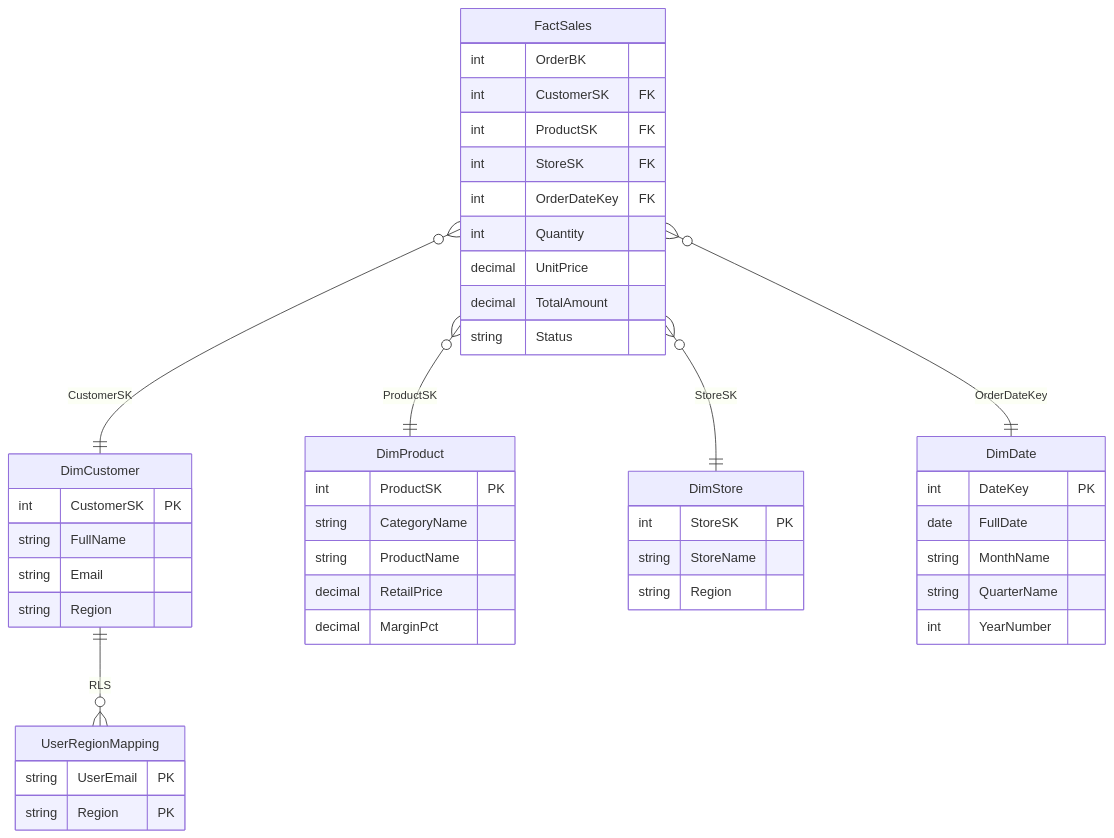
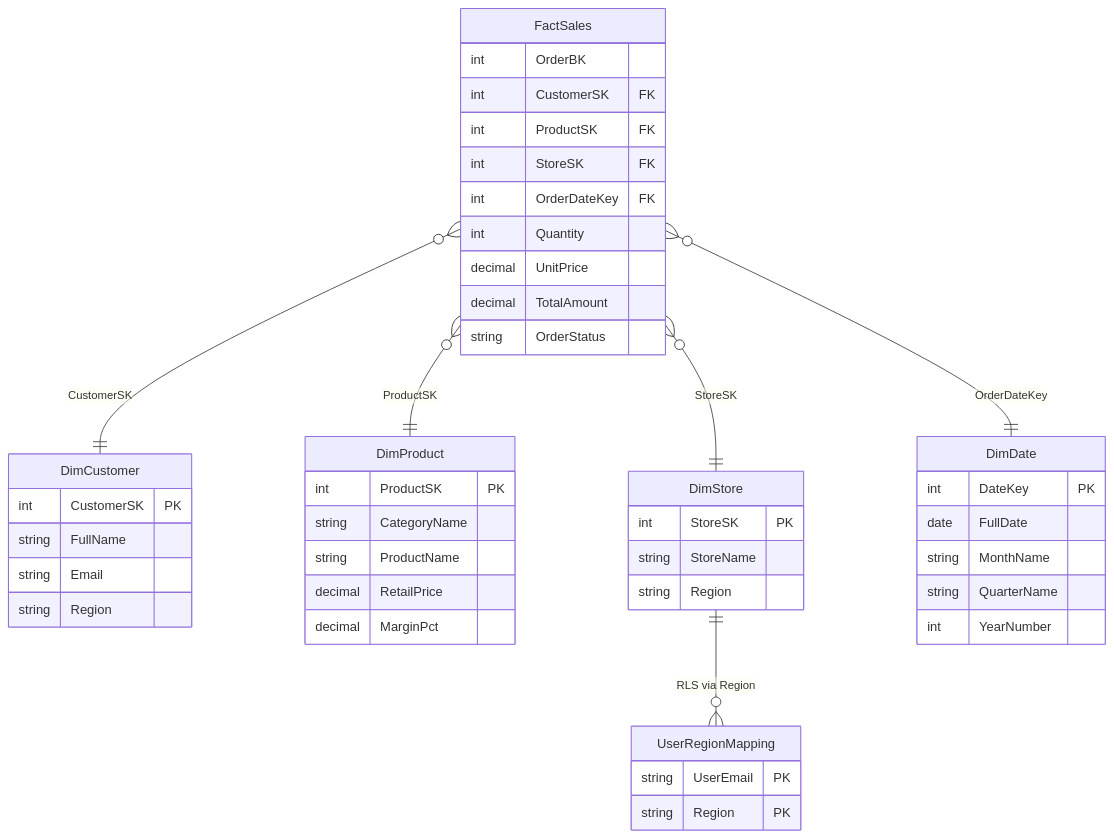
Before and after one commit to TrueJss/fabric-retail-demo: the second of 2 diagrams in README.md, drawn with Mermaid. The commit also changed other lines of this file, not shown here.

````diff
--- a/README.md
+++ b/README.md
@@ -102,49 +130,49 @@
 ```mermaid
 erDiagram
     FactSales {
         int     OrderBK
         int     CustomerSK   FK
         int     ProductSK    FK
         int     StoreSK      FK
         int     OrderDateKey FK
         int     Quantity
         decimal UnitPrice
         decimal TotalAmount
-        string  Status
+        string  OrderStatus
     }
     DimCustomer {
         int    CustomerSK  PK
         string FullName
         string Email
         string Region
     }
     DimProduct {
-        int     ProductSK   PK
+        int     ProductSK    PK
         string  CategoryName
         string  ProductName
         decimal RetailPrice
         decimal MarginPct
     }
     DimStore {
         int    StoreSK   PK
         string StoreName
         string Region
     }
     DimDate {
-        int    DateKey    PK
+        int    DateKey     PK
         date   FullDate
         string MonthName
         string QuarterName
         int    YearNumber
     }
     UserRegionMapping {
         string UserEmail PK
         string Region    PK
     }
 
-    FactSales }o--|| DimCustomer      : "CustomerSK"
-    FactSales }o--|| DimProduct       : "ProductSK"
-    FactSales }o--|| DimStore         : "StoreSK"
-    FactSales }o--|| DimDate          : "OrderDateKey"
-    DimCustomer ||--o{ UserRegionMapping : "RLS"
+    FactSales }o--|| DimCustomer       : "CustomerSK"
+    FactSales }o--|| DimProduct        : "ProductSK"
+    FactSales }o--|| DimStore          : "StoreSK"
+    FactSales }o--|| DimDate           : "OrderDateKey"
+    DimStore  ||--o{ UserRegionMapping : "RLS via Region"
 ```
````
